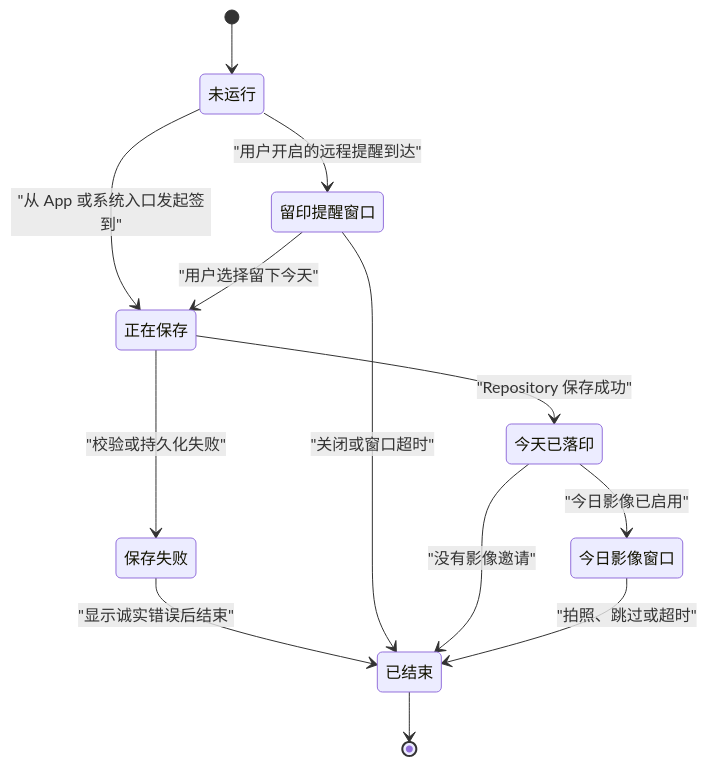
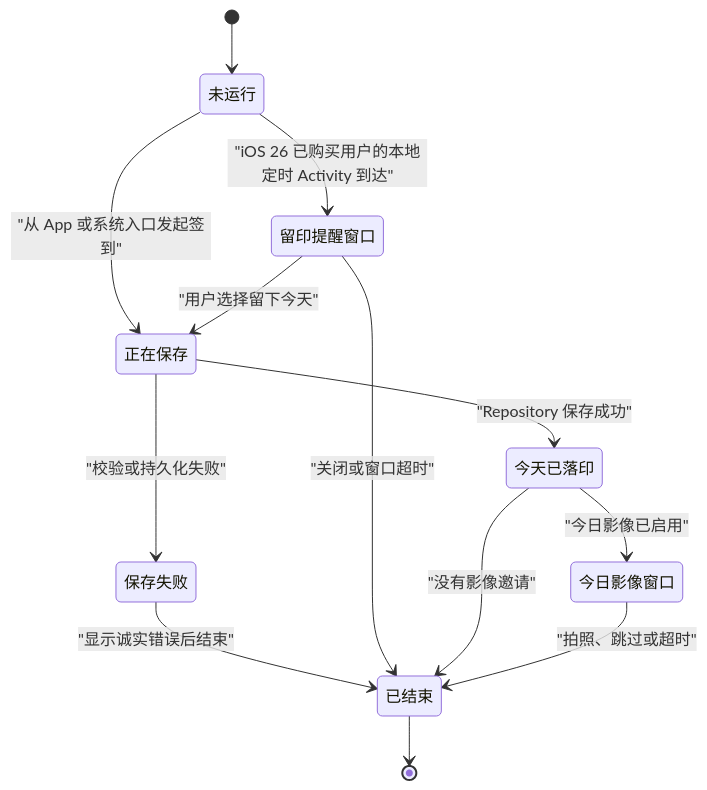
One commit to cooluid/pulse changed the diagram in docs/PULSE_RITUAL_CONTRACT.md. Above: the diagram before and after it, drawn with Mermaid. The commit also changed other lines of this file and 30 other files, not shown here.

````diff
--- a/docs/PULSE_RITUAL_CONTRACT.md
+++ b/docs/PULSE_RITUAL_CONTRACT.md
@@ -45,23 +46,23 @@
 ```mermaid
 stateDiagram-v2
     state "未运行" as Inactive
     state "留印提醒窗口" as ReminderWindow
     state "正在保存" as Saving
     state "今天已落印" as Imprinted
     state "今日影像窗口" as MemoryWindow
     state "保存失败" as Failed
     state "已结束" as Ended
 
     [*] --> Inactive
-    Inactive --> ReminderWindow: "用户开启的远程提醒到达"
+    Inactive --> ReminderWindow: "iOS 26 已购买用户的本地定时 Activity 到达"
     Inactive --> Saving: "从 App 或系统入口发起签到"
     ReminderWindow --> Saving: "用户选择留下今天"
     Saving --> Imprinted: "Repository 保存成功"
     Saving --> Failed: "校验或持久化失败"
     Failed --> Ended: "显示诚实错误后结束"
     ReminderWindow --> Ended: "关闭或窗口超时"
     Imprinted --> MemoryWindow: "今日影像已启用"
     Imprinted --> Ended: "没有影像邀请"
     MemoryWindow --> Ended: "拍照、跳过或超时"
     Ended --> [*]
 ```
````
